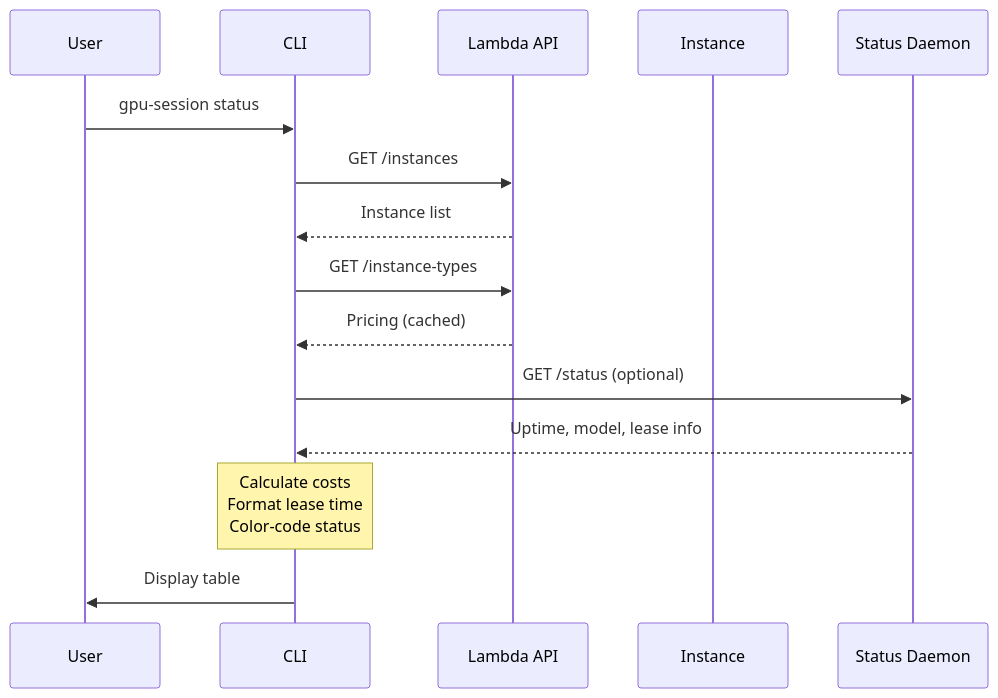
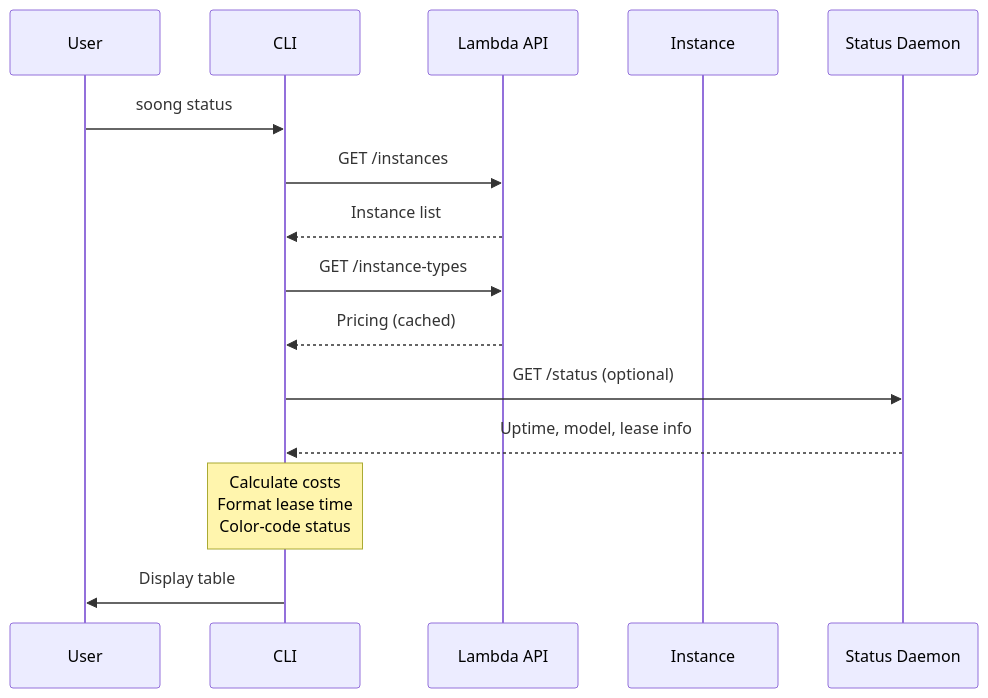
The third of 3 diagrams in docs/architecture/system-design.md (axiomantic/soong), drawn with Mermaid before and after one commit. The commit also changed other lines of this file and 61 other files, not shown here.

````diff
--- a/docs/architecture/system-design.md
+++ b/docs/architecture/system-design.md
@@ -313,23 +313,23 @@
 ```mermaid
 sequenceDiagram
     participant User
     participant CLI
     participant API as Lambda API
     participant Instance
     participant Daemon as Status Daemon
 
-    User->>CLI: gpu-session status
+    User->>CLI: soong status
 
     CLI->>API: GET /instances
     API-->>CLI: Instance list
 
     CLI->>API: GET /instance-types
     API-->>CLI: Pricing (cached)
 
     CLI->>Daemon: GET /status (optional)
     Daemon-->>CLI: Uptime, model, lease info
 
     Note over CLI: Calculate costs<br/>Format lease time<br/>Color-code status
 
     CLI->>User: Display table
 ```
````
